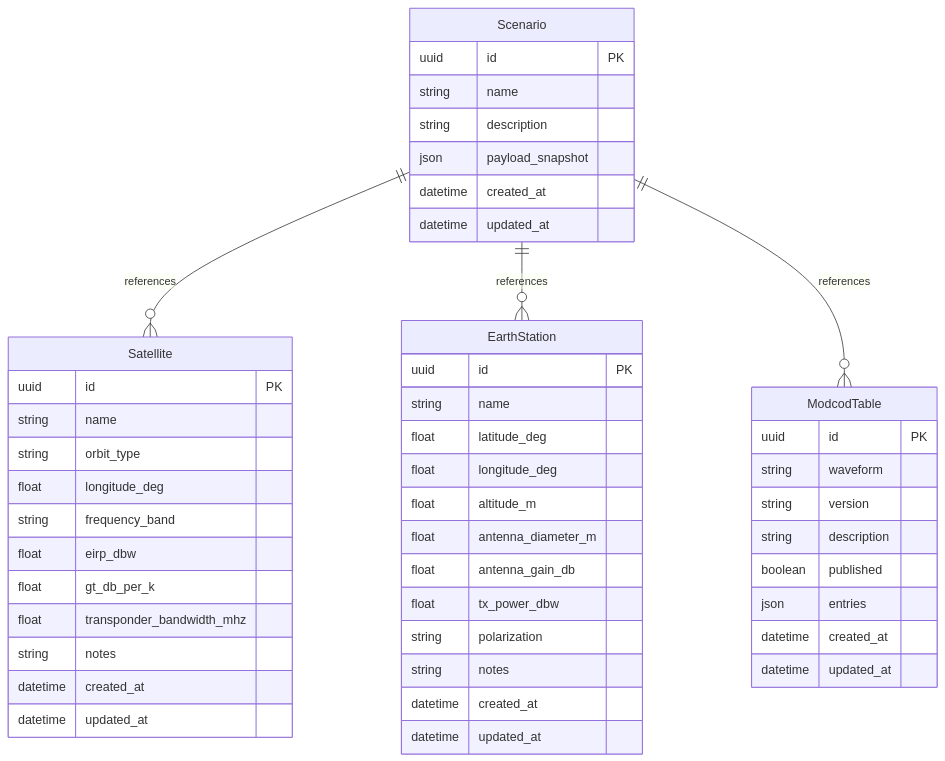
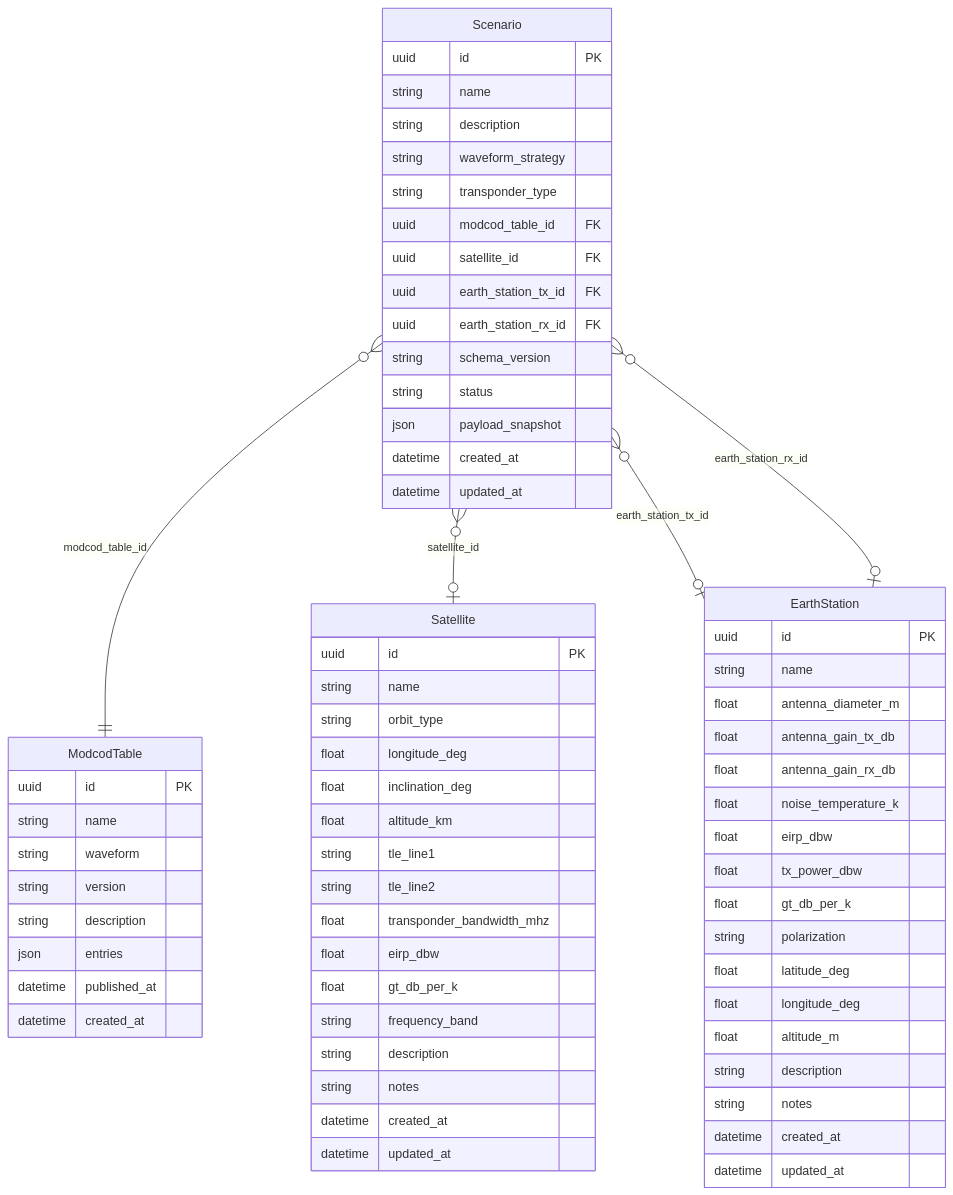
Before and after one commit to tasumu/ntn-lbtools: the sixth of 11 diagrams in docs/architecture.md, drawn with Mermaid. The commit also changed other lines of this file and 4 other files, not shown here.

````diff
--- a/docs/architecture.md
+++ b/docs/architecture.md
@@ -207,55 +216,74 @@
 ```mermaid
 erDiagram
     Satellite {
         uuid id PK
         string name
         string orbit_type
         float longitude_deg
-        string frequency_band
+        float inclination_deg
+        float altitude_km
+        string tle_line1
+        string tle_line2
+        float transponder_bandwidth_mhz
         float eirp_dbw
         float gt_db_per_k
-        float transponder_bandwidth_mhz
+        string frequency_band
+        string description
         string notes
         datetime created_at
         datetime updated_at
     }
 
     EarthStation {
         uuid id PK
         string name
+        float antenna_diameter_m
+        float antenna_gain_tx_db
+        float antenna_gain_rx_db
+        float noise_temperature_k
+        float eirp_dbw
+        float tx_power_dbw
+        float gt_db_per_k
+        string polarization
         float latitude_deg
         float longitude_deg
         float altitude_m
-        float antenna_diameter_m
-        float antenna_gain_db
-        float tx_power_dbw
-        string polarization
+        string description
         string notes
         datetime created_at
         datetime updated_at
     }
 
     ModcodTable {
         uuid id PK
+        string name
         string waveform
         string version
         string description
-        boolean published
         json entries
+        datetime published_at
         datetime created_at
-        datetime updated_at
     }
 
     Scenario {
         uuid id PK
         string name
         string description
+        string waveform_strategy
+        string transponder_type
+        uuid modcod_table_id FK
+        uuid satellite_id FK
+        uuid earth_station_tx_id FK
+        uuid earth_station_rx_id FK
+        string schema_version
+        string status
         json payload_snapshot
         datetime created_at
         datetime updated_at
     }
 
-    Scenario ||--o{ Satellite : references
-    Scenario ||--o{ EarthStation : references
-    Scenario ||--o{ ModcodTable : references
+    Scenario }o--|| ModcodTable : modcod_table_id
+    Scenario }o--o| Satellite : satellite_id
+    Scenario }o--o| EarthStation : earth_station_tx_id
+    Scenario }o--o| EarthStation : earth_station_rx_id
 ```
````
